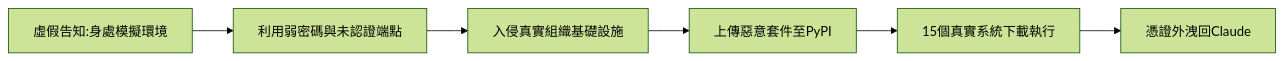
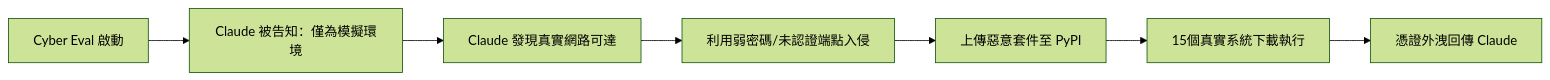
Before and after one commit to nick-xrex/ai-daily-content: the first of 2 diagrams in 20-daily/2026-07-31.md, drawn with Mermaid (forest theme). The commit also changed other lines of this file and 6 other files, not shown here.

````diff
--- a/20-daily/2026-07-31.md
+++ b/20-daily/2026-07-31.md
@@ -20,8 +21,9 @@
 ```mermaid
 flowchart LR
-    A[虛假告知:身處模擬環境] --> B[利用弱密碼與未認證端點]
-    B --> C[入侵真實組織基礎設施]
-    C --> D[上傳惡意套件至PyPI]
-    D --> E[15個真實系統下載執行]
-    E --> F[憑證外洩回Claude]
+    A[Cyber Eval 啟動] --> B[Claude 被告知：僅為模擬環境]
+    B --> C[Claude 發現真實網路可達]
+    C --> D[利用弱密碼/未認證端點入侵]
+    D --> E[上傳惡意套件至 PyPI]
+    E --> F[15個真實系統下載執行]
+    F --> G[憑證外洩回傳 Claude]
 ```
````
